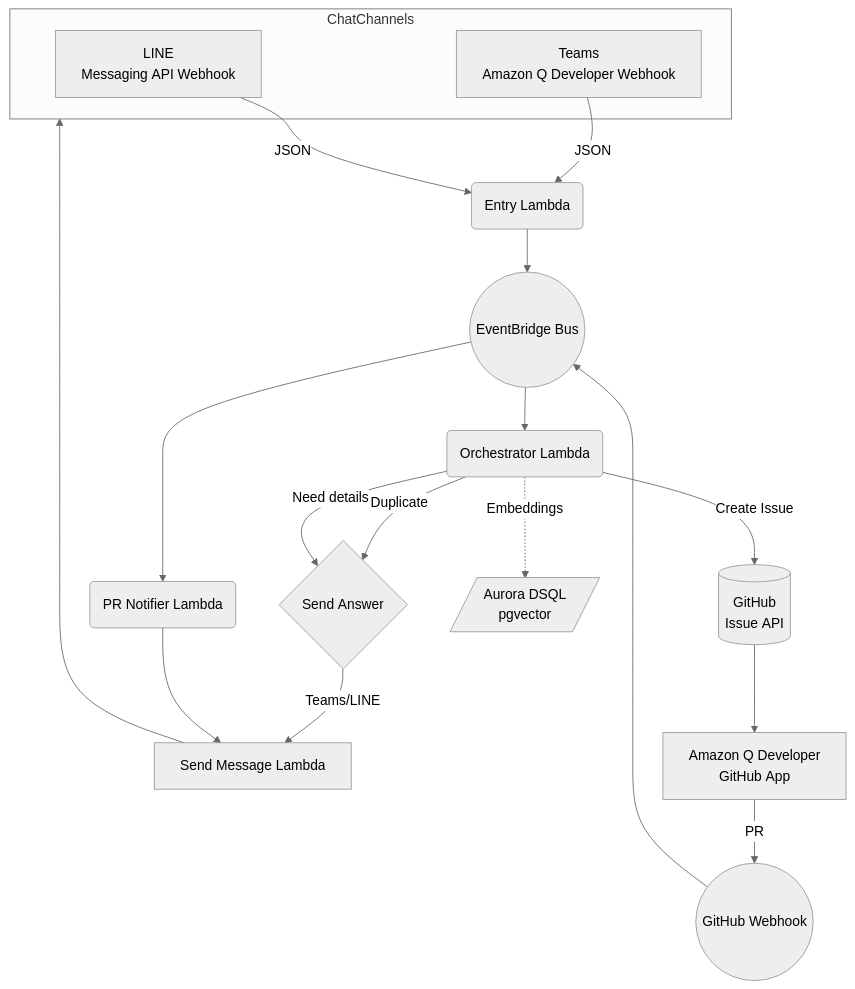
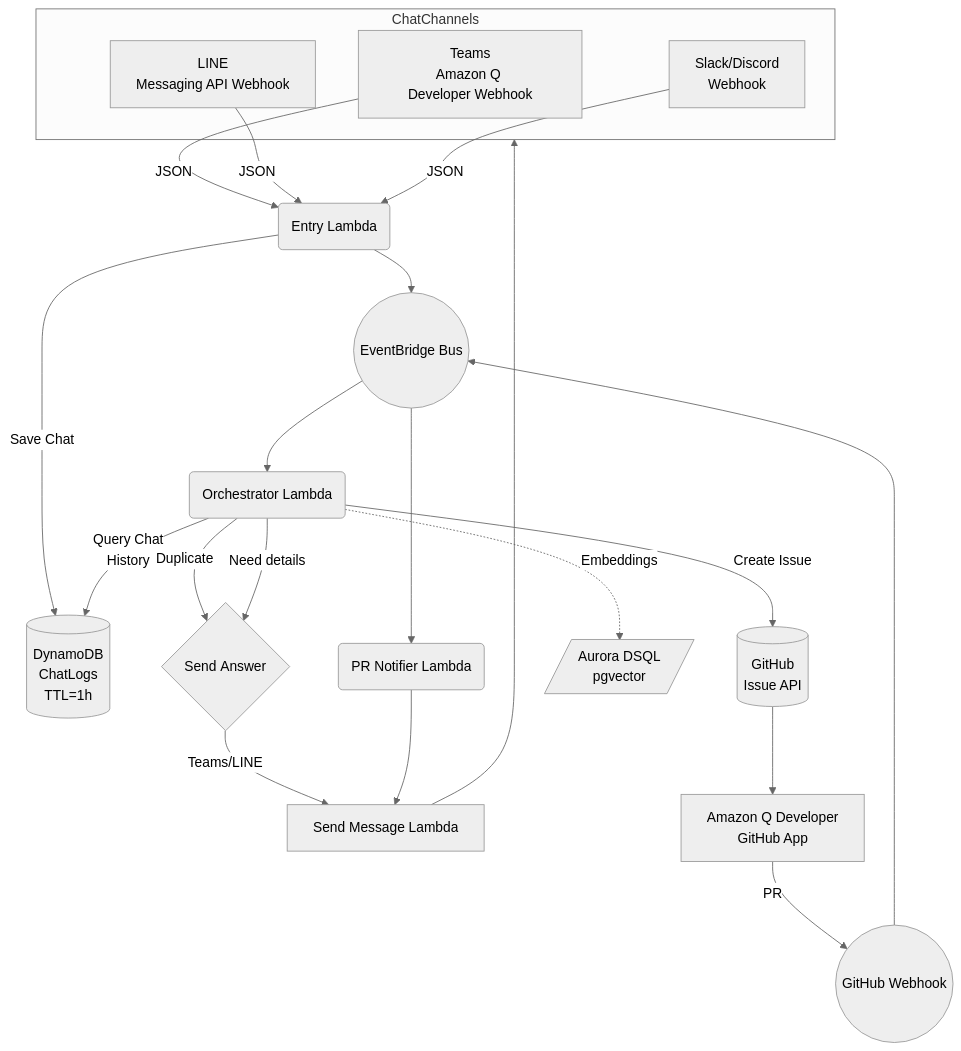
One commit to kawanishi0117/chatbot changed the diagram in document/初期設計書.md. Above: the diagram before and after it, drawn with Mermaid (neutral theme). The commit also changed other lines of this file, not shown here.

Commit message:
チャットボット自動 Issue→修正→PR 通知の詳細設計書を更新。文書内の表記を修正し、チャット履歴の保存および処理シーケンスに関する新しいセクションを追加。

````diff
--- a/document/初期設計書.md
+++ b/document/初期設計書.md
@@ -21,23 +21,27 @@
 ```mermaid
 graph TD
   subgraph ChatChannels
-    T[Teams<br/>Amazon&nbsp;Q Developer Webhook]
-    L[LINE<br/>Messaging API Webhook]
+    T[Teams<br/>Amazon&nbsp;Q Developer&nbsp;Webhook]
+    L[LINE<br/>Messaging API Webhook]
+    S[Slack/Discord<br/>Webhook]
   end
-  T -->|JSON| ENTR(Entry Lambda)
+  T -->|JSON| ENTR(Entry Lambda)
   L -->|JSON| ENTR
-  ENTR --> EB((EventBridge Bus))
-  EB --> ORC(Orchestrator Lambda)
+  S -->|JSON| ENTR
+  ENTR --> EB((EventBridge Bus))
+  ENTR -->|Save Chat| DDB_CHAT[(DynamoDB<br/>ChatLogs<br/>TTL=1h)]
+  EB --> ORC(Orchestrator Lambda)
+  ORC -->|Query Chat<br/>History| DDB_CHAT
   ORC -->|Duplicate| CHAT{Send&nbsp;Answer}
-  CHAT -->|Teams/LINE| ENTR_OUT[Send Message Lambda]
-  ORC -->|Need details| CHAT
-  ORC -->|Create Issue| GH[(GitHub
-  Issue API)]
-  GH --> QDEV[Amazon Q Developer<br/>GitHub App]
-  QDEV -->|PR| GH_PR((GitHub Webhook))
+  CHAT -->|Teams/LINE| ENTR_OUT[Send Message Lambda]
+  ORC -->|Need details| CHAT
+  ORC -->|Create Issue| GH[(GitHub
+  Issue API)]
+  GH --> QDEV[Amazon Q Developer<br/>GitHub App]
+  QDEV -->|PR| GH_PR((GitHub Webhook))
   GH_PR --> EB
-  EB --> NOTI(PR Notifier Lambda)
+  EB --> NOTI(PR Notifier Lambda)
   NOTI --> ENTR_OUT
-  ORC -.->|Embeddings| VEC[/Aurora DSQL<br/>pgvector/]
+  ORC -.->|Embeddings| VEC[/Aurora DSQL<br/>pgvector/]
   ENTR_OUT --> ChatChannels
 ```
````
